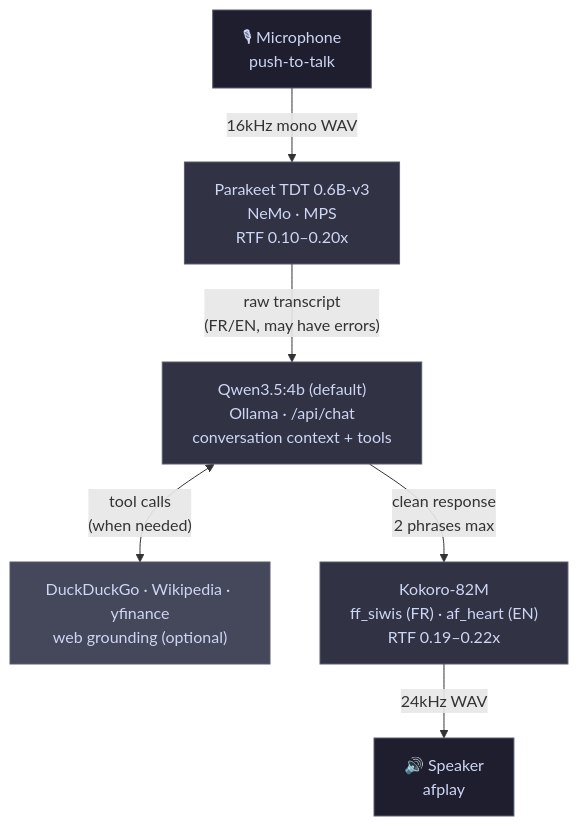
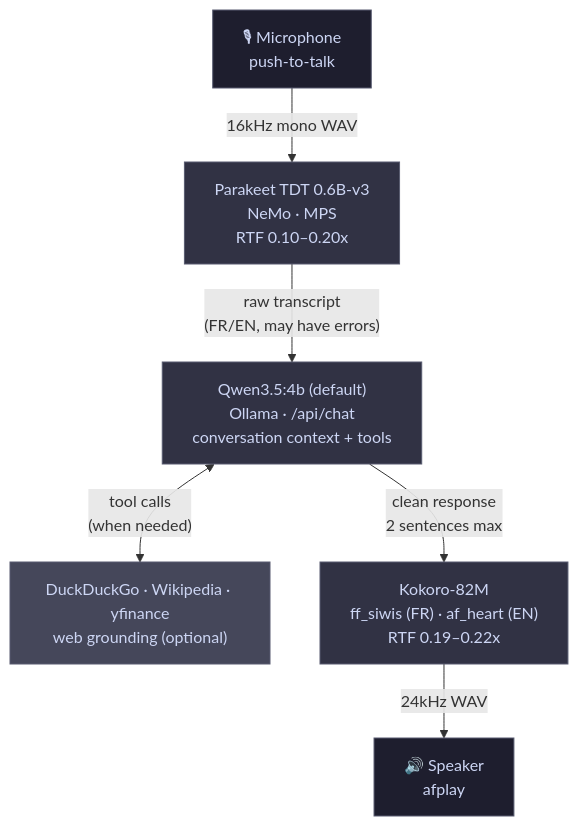
One commit to slchatham/VoiceLLM changed the diagram in README.md. Above: the diagram before and after it, drawn with Mermaid. The commit also changed other lines of this file, not shown here.

````diff
--- a/README.md
+++ b/README.md
@@ -11,22 +11,22 @@
 ```mermaid
 flowchart TD
     MIC["🎙 Microphone\npush-to-talk"]
     STT["Parakeet TDT 0.6B-v3\nNeMo · MPS\nRTF 0.10–0.20x"]
     LM["Qwen3.5:4b (default)\nOllama · /api/chat\nconversation context + tools"]
     TOOLS["DuckDuckGo · Wikipedia · yfinance\nweb grounding (optional)"]
     TTS["Kokoro-82M\nff_siwis (FR) · af_heart (EN)\nRTF 0.19–0.22x"]
     SPK["🔊 Speaker\nafplay"]
 
     MIC -->|"16kHz mono WAV"| STT
     STT -->|"raw transcript\n(FR/EN, may have errors)"| LM
     LM <-->|"tool calls\n(when needed)"| TOOLS
-    LM -->|"clean response\n2 phrases max"| TTS
+    LM -->|"clean response\n2 sentences max"| TTS
     TTS -->|"24kHz WAV"| SPK
 
     style MIC   fill:#1e1e2e,color:#cdd6f4,stroke:#585b70
     style STT   fill:#313244,color:#cdd6f4,stroke:#585b70
     style LM    fill:#313244,color:#cdd6f4,stroke:#585b70
     style TOOLS fill:#45475a,color:#cdd6f4,stroke:#585b70
     style TTS   fill:#313244,color:#cdd6f4,stroke:#585b70
     style SPK   fill:#1e1e2e,color:#cdd6f4,stroke:#585b70
 ```
````
